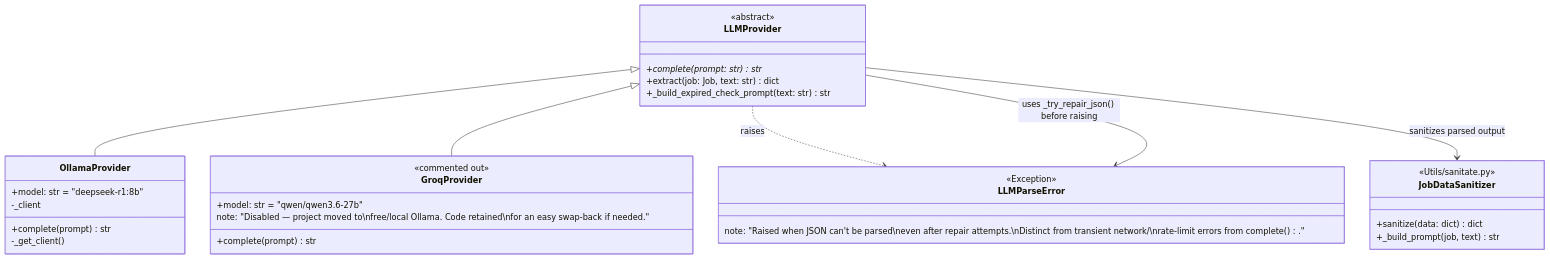
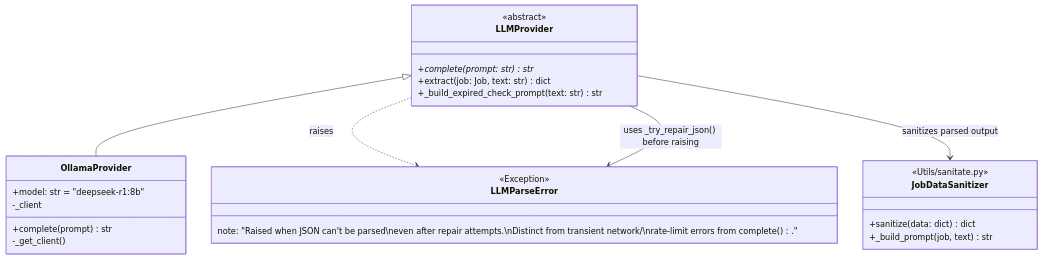
One commit to AustinDwomoh/libra changed the diagram in docs/diagrams/llm_class.md. Above: the diagram before and after it, drawn with Mermaid. The commit also changed 27 other files, not shown here.

````diff
--- a/docs/diagrams/llm_class.md
+++ b/docs/diagrams/llm_class.md
@@ -1,41 +1,33 @@
 ```mermaid
-%% classDiagram — LLMProvider hierarchy, currently Ollama-only (Groq commented out)
+%% classDiagram — LLMProvider hierarchy, currently Ollama-only
 classDiagram
     class LLMProvider {
         <<abstract>>
         +complete(prompt: str) str*
         +extract(job: Job, text: str) dict
         +_build_expired_check_prompt(text: str) str
     }
 
     class OllamaProvider {
         +model: str = "deepseek-r1:8b"
         -_client
         +complete(prompt) str
         -_get_client()
     }
 
-    class GroqProvider {
-        <<commented out>>
-        +model: str = "qwen/qwen3.6-27b"
-        +complete(prompt) str
-        note: "Disabled — project moved to\nfree/local Ollama. Code retained\nfor an easy swap-back if needed."
-    }
-
     class LLMParseError {
         <<Exception>>
         note: "Raised when JSON can't be parsed\neven after repair attempts.\nDistinct from transient network/\nrate-limit errors from complete()."
     }
 
     class JobDataSanitizer {
         <<Utils/sanitate.py>>
         +sanitize(data: dict) dict
         +_build_prompt(job, text) str
     }
 
     LLMProvider <|-- OllamaProvider
-    LLMProvider <|-- GroqProvider
     LLMProvider ..> LLMParseError : raises
     LLMProvider --> JobDataSanitizer : sanitizes parsed output
     LLMProvider --> LLMParseError : uses _try_repair_json() before raising
 ```
````
